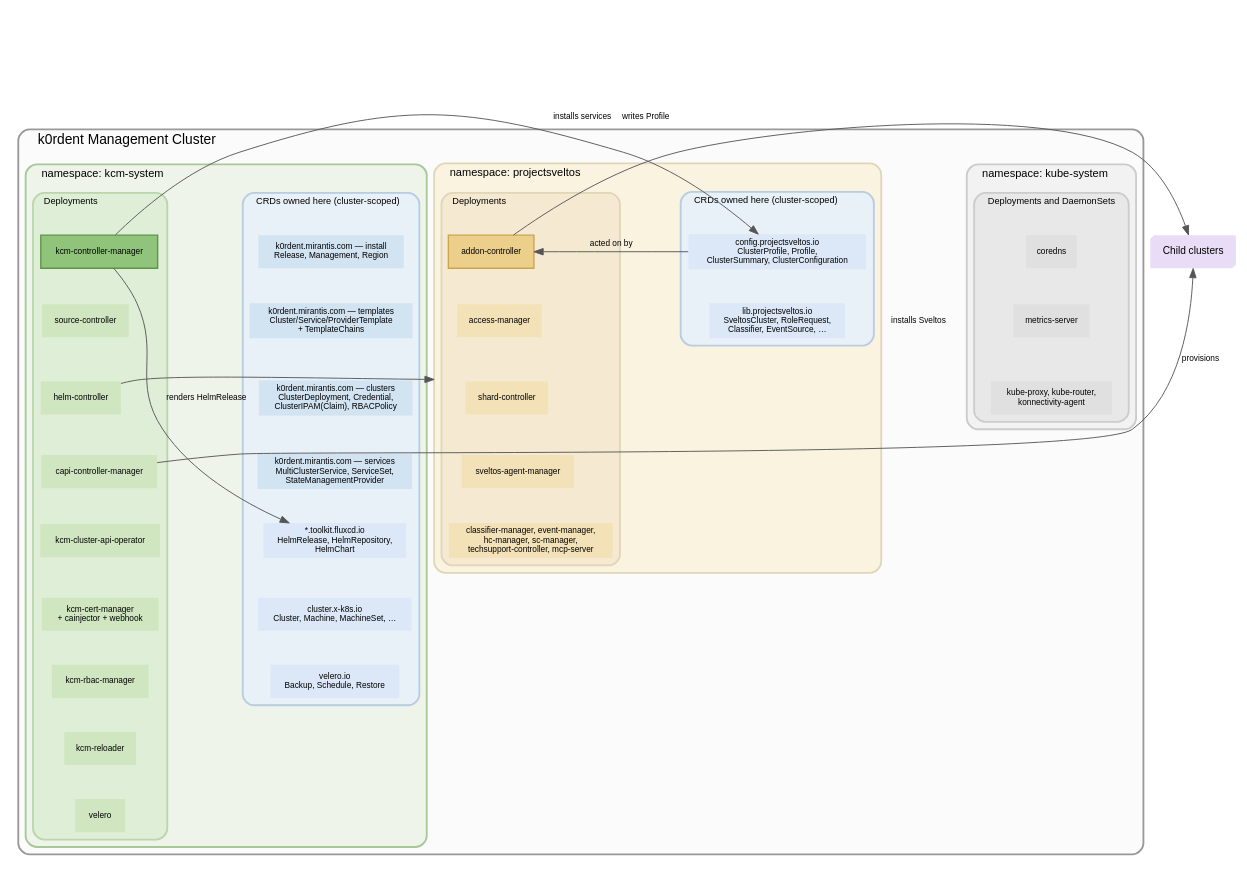
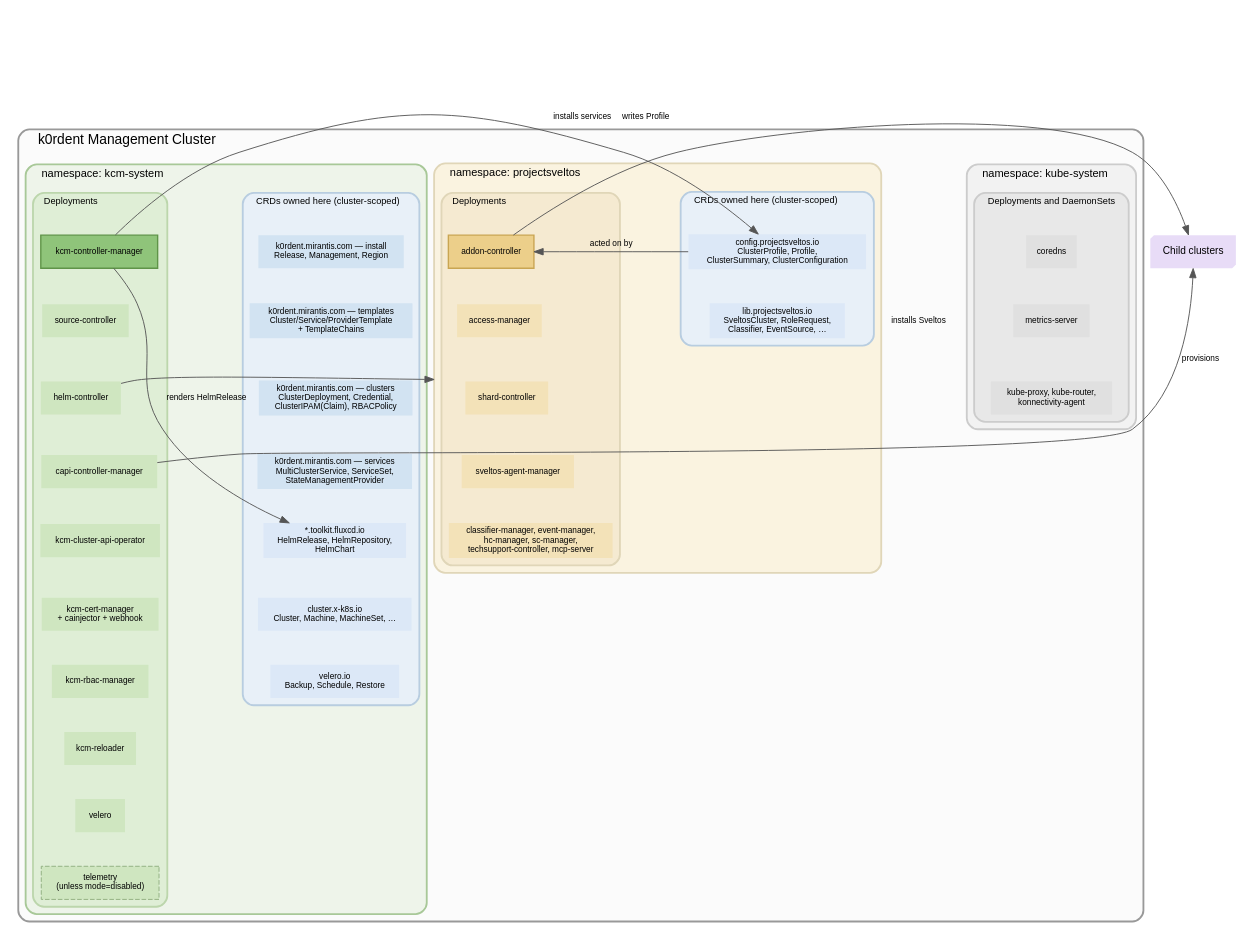
Before and after one commit to josef-hak/kcm: the diagram in docs/architecture.dot, drawn with Graphviz. The commit also changed 2 other files, not shown here.

Commit message:
docs: add telemetry to the diagram
It was missing because the cluster I read the workloads off had it
disabled, and on mode=disabled the deployment is not rendered at all.

```diff
--- a/docs/architecture.dot
+++ b/docs/architecture.dot
@@ -1,130 +1,133 @@
 // What runs in a k0rdent management cluster, by namespace. Render with:
 //   dot -Tsvg docs/architecture.dot -o docs/architecture.svg
 //
 // Each namespace box has two columns: the workloads that run there, and the
 // CRDs those workloads own. CRDs are cluster-scoped -- they are placed with
 // their owner, not inside a namespace.
 //
 // Only the edges that cross a namespace are drawn. Within a namespace almost
 // everything talks to everything, and drawing that would say nothing.
 
 digraph cluster_layout {
   rankdir=TB;
   compound=true;
   fontname="Helvetica";
   graph [fontname="Helvetica"];
   node [fontname="Helvetica", fontsize=9, shape=box, style="filled", color="#00000000", margin="0.12,0.06"];
   edge [fontname="Helvetica", fontsize=9, color="#555555"];
 
   subgraph cluster_mgmt {
     label="k0rdent Management Cluster";
     fontsize=15;
     labeljust="l";
     style="rounded,filled";
     fillcolor="#fbfbfb";
     color="#999999";
     penwidth=2;
 
     // ================= kcm-system =====================================
     subgraph cluster_kubesystem {
       label="namespace: kube-system";
       fontsize=12; labeljust="l";
       style="rounded,filled"; fillcolor="#f2f2f2"; color="#cccccc";
 
       subgraph cluster_ks_wl {
         label="Deployments and DaemonSets";
         fontsize=10; labeljust="l";
         style="rounded,filled"; fillcolor="#e8e8e8"; color="#cccccc";
 
         ks_dns   [fillcolor="#e0e0e0", label="coredns"];
         ks_ms    [fillcolor="#e0e0e0", label="metrics-server"];
         ks_net   [fillcolor="#e0e0e0", label="kube-proxy, kube-router,\nkonnectivity-agent"];
       }
     }
 
     subgraph cluster_sveltos {
       label="namespace: projectsveltos";
       fontsize=12; labeljust="l";
       style="rounded,filled"; fillcolor="#faf3e0"; color="#e0d6b8";
 
       subgraph cluster_sv_crd {
         label="CRDs owned here (cluster-scoped)";
         fontsize=10; labeljust="l";
         style="rounded,filled"; fillcolor="#e8f0f8"; color="#b8cde0";
 
         crd_sv_cfg [fillcolor="#dce8f7", label="config.projectsveltos.io\nClusterProfile, Profile,\nClusterSummary, ClusterConfiguration"];
         crd_sv_lib [fillcolor="#dce8f7", label="lib.projectsveltos.io\nSveltosCluster, RoleRequest,\nClassifier, EventSource, …"];
       }
 
       subgraph cluster_sv_wl {
         label="Deployments";
         fontsize=10; labeljust="l";
         style="rounded,filled"; fillcolor="#f5ead1"; color="#e0d6b8";
 
         sv_addon [fillcolor="#eccf8a", penwidth=1.5, color="#c9a552", label="addon-controller"];
         sv_access[fillcolor="#f3e2b8", label="access-manager"];
         sv_shard [fillcolor="#f3e2b8", label="shard-controller"];
         sv_agent [fillcolor="#f3e2b8", label="sveltos-agent-manager"];
         sv_rest  [fillcolor="#f3e2b8", label="classifier-manager, event-manager,\nhc-manager, sc-manager,\ntechsupport-controller, mcp-server"];
       }
     }
 
     subgraph cluster_kcmsystem {
       label="namespace: kcm-system";
       fontsize=12; labeljust="l";
       style="rounded,filled"; fillcolor="#eef4ea"; color="#a8c898";
 
       subgraph cluster_kcm_crd {
         label="CRDs owned here (cluster-scoped)";
         fontsize=10; labeljust="l";
         style="rounded,filled"; fillcolor="#e8f0f8"; color="#b8cde0";
 
         crd_inst [fillcolor="#d2e3f2", label="k0rdent.mirantis.com — install\nRelease, Management, Region"];
         crd_tpl  [fillcolor="#d2e3f2", label="k0rdent.mirantis.com — templates\nCluster/Service/ProviderTemplate\n+ TemplateChains"];
         crd_cd   [fillcolor="#d2e3f2", label="k0rdent.mirantis.com — clusters\nClusterDeployment, Credential,\nClusterIPAM(Claim), RBACPolicy"];
         crd_ksm  [fillcolor="#d2e3f2", label="k0rdent.mirantis.com — services\nMultiClusterService, ServiceSet,\nStateManagementProvider"];
         crd_flux [fillcolor="#dce8f7", label="*.toolkit.fluxcd.io\nHelmRelease, HelmRepository,\nHelmChart"];
         crd_capi [fillcolor="#dce8f7", label="cluster.x-k8s.io\nCluster, Machine, MachineSet, …"];
         crd_vel  [fillcolor="#dce8f7", label="velero.io\nBackup, Schedule, Restore"];
       }
 
       subgraph cluster_kcm_wl {
         label="Deployments";
         fontsize=10; labeljust="l";
         style="rounded,filled"; fillcolor="#dfeed6"; color="#bcd6ac";
 
         kcm_mgr   [fillcolor="#8fc47a", penwidth=1.5, color="#5f9448", label="kcm-controller-manager"];
         kcm_src   [fillcolor="#cfe6c0", label="source-controller"];
         kcm_helm  [fillcolor="#cfe6c0", label="helm-controller"];
         kcm_capi  [fillcolor="#cfe6c0", label="capi-controller-manager"];
         kcm_capiop[fillcolor="#cfe6c0", label="kcm-cluster-api-operator"];
         kcm_cert  [fillcolor="#cfe6c0", label="kcm-cert-manager\n+ cainjector + webhook"];
         kcm_rbac  [fillcolor="#cfe6c0", label="kcm-rbac-manager"];
         kcm_rel   [fillcolor="#cfe6c0", label="kcm-reloader"];
         kcm_vel   [fillcolor="#cfe6c0", label="velero"];
+        // only rendered when telemetry.mode is not "disabled"
+        kcm_tel   [fillcolor="#cfe6c0", style="filled,dashed", color="#8fae7f",
+                   label="telemetry\n(unless mode=disabled)"];
       }
     }
   }
 
   Child [fillcolor="#e8dcf7", style="filled", shape=box3d, fontsize=11, label="Child clusters"];
 
 
   // Invisible chains: without them the members of a column land on one rank and
   // the "columns" come out as rows.
   edge [style=invis, weight=10];
-  kcm_mgr -> kcm_src -> kcm_helm -> kcm_capi -> kcm_capiop -> kcm_cert -> kcm_rbac -> kcm_rel -> kcm_vel;
+  kcm_mgr -> kcm_src -> kcm_helm -> kcm_capi -> kcm_capiop -> kcm_cert -> kcm_rbac -> kcm_rel -> kcm_vel -> kcm_tel;
   crd_inst -> crd_tpl -> crd_cd -> crd_ksm -> crd_flux -> crd_capi -> crd_vel;
   sv_addon -> sv_access -> sv_shard -> sv_agent -> sv_rest;
   crd_sv_cfg -> crd_sv_lib;
   ks_dns -> ks_ms -> ks_net;
   edge [style=solid, weight=1];
 
 
   // ---- only what crosses a namespace ------------------------------------
   kcm_mgr -> crd_flux  [constraint=false, label="renders HelmRelease"];
   kcm_helm -> sv_addon [constraint=false, lhead=cluster_sveltos, label="installs Sveltos"];
   kcm_mgr -> crd_sv_cfg [constraint=false, label="writes Profile"];
   crd_sv_cfg -> sv_addon [constraint=false, label="acted on by"];
   sv_addon -> Child [constraint=false, label="installs services"];
   kcm_capi -> Child [constraint=false, label="provisions"];
 }
```
